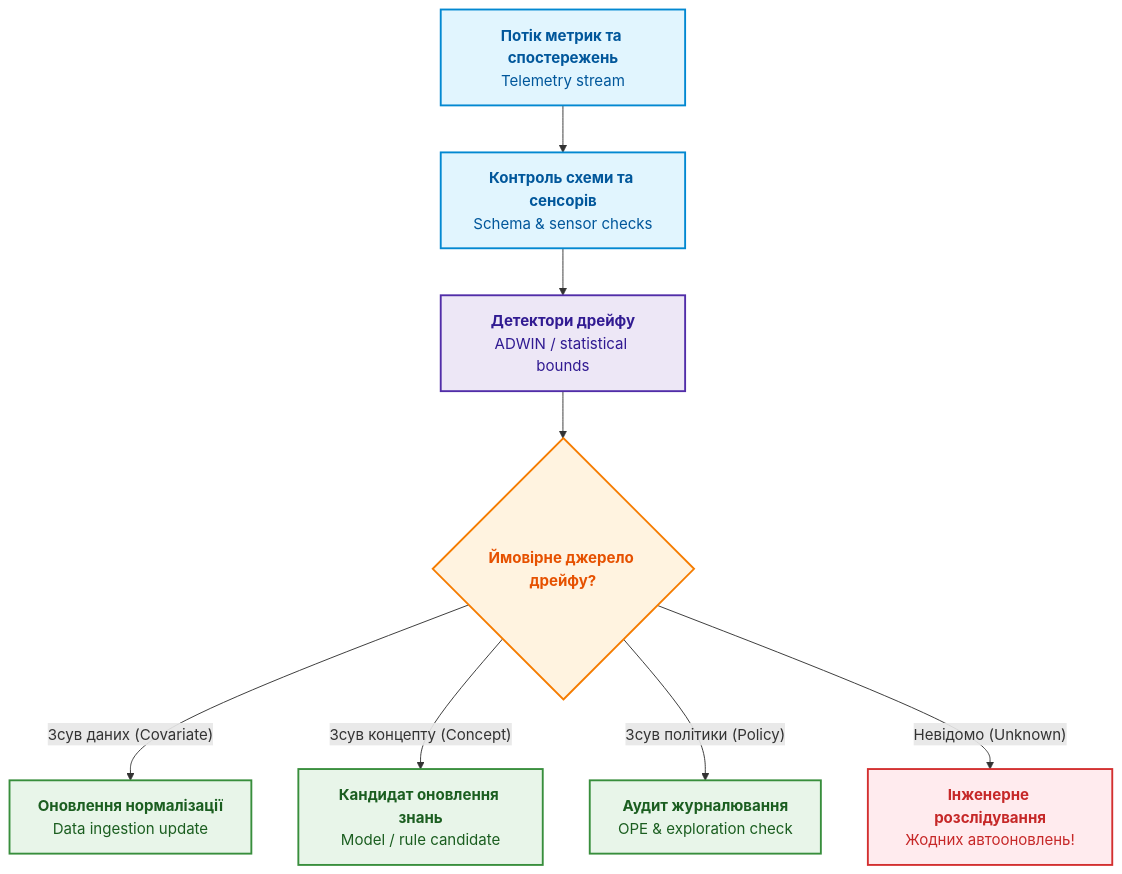
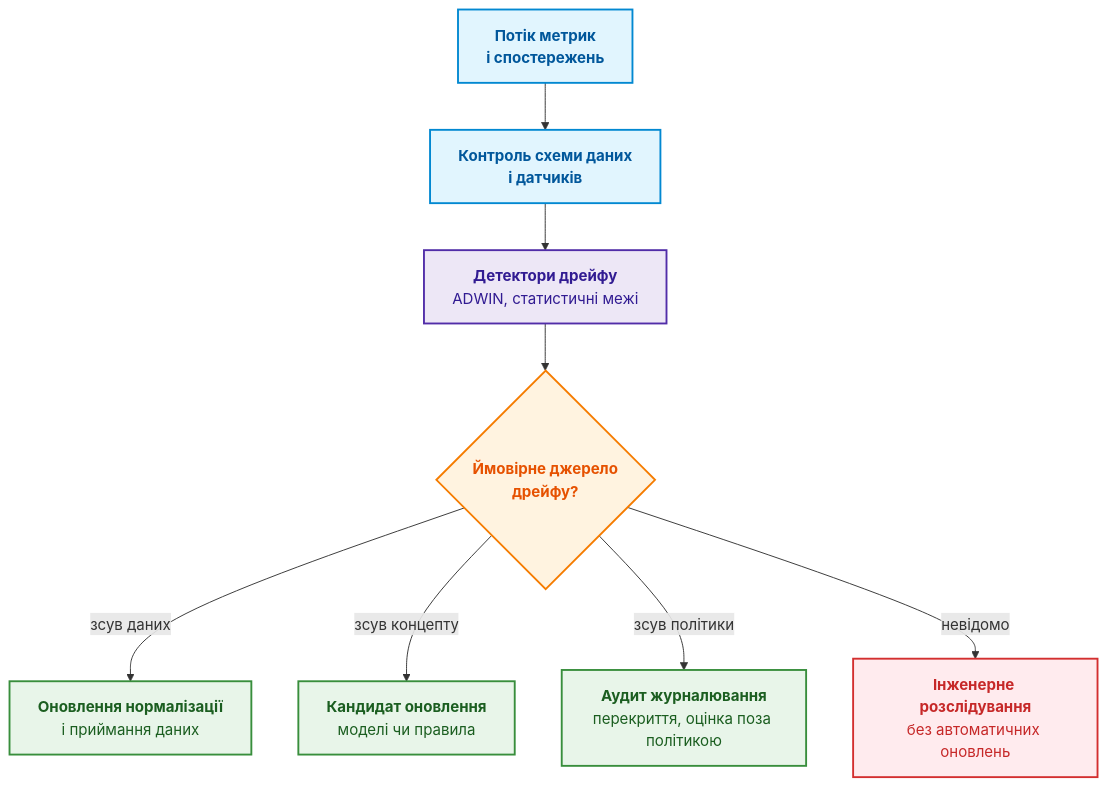
Before and after one commit to nick-fedchik/articles: the fourth of 7 diagrams in ExpertSystem/ch26-continual-learning.md, drawn with Mermaid. The commit also changed other lines of this file, not shown here.

````diff
--- a/ExpertSystem/ch26-continual-learning.md
+++ b/ExpertSystem/ch26-continual-learning.md
@@ -271,25 +285,25 @@
 ```mermaid
 flowchart TD
     accTitle: Діагностика та класифікація дрейфу
-    accDescr: Виявлення коваріатного дрейфу, зсуву концептів або викривлення журналу.
+    accDescr: Потік метрик проходить контроль схеми даних і датчиків та детектори дрейфу; залежно від імовірного джерела дрейф веде до оновлення приймання даних, кандидата моделі чи правила, аудиту журналювання або інженерного розслідування без автоматичних оновлень.
 
-    SIG["<b>Потік метрик та спостережень</b><br/>Telemetry stream"] --> QUAL["<b>Контроль схеми та сенсорів</b><br/>Schema & sensor checks"]
-    QUAL --> DET["<b>Детектори дрейфу</b><br/>ADWIN / statistical bounds"]
-    DET --> TYP{"<b>Ймовірне джерело дрейфу?</b>"}
-    TYP -->|"Зсув даних (Covariate)"| ING["<b>Оновлення нормалізації</b><br/>Data ingestion update"]
-    TYP -->|"Зсув концепту (Concept)"| CAND["<b>Кандидат оновлення знань</b><br/>Model / rule candidate"]
-    TYP -->|"Зсув політики (Policy)"| LOG["<b>Аудит журналювання</b><br/>OPE & exploration check"]
-    TYP -->|"Невідомо (Unknown)"| INV["<b>Інженерне розслідування</b><br/>Жодних автооновлень!"]
+    SIG["<b>Потік метрик<br/>і спостережень</b>"] --> QUAL["<b>Контроль схеми даних<br/>і датчиків</b>"]
+    QUAL --> DET["<b>Детектори дрейфу</b><br/>ADWIN, статистичні межі"]
+    DET --> TYP{"<b>Ймовірне джерело<br/>дрейфу?</b>"}
+    TYP -->|"зсув даних"| ING["<b>Оновлення нормалізації</b><br/>і приймання даних"]
+    TYP -->|"зсув концепту"| CAND["<b>Кандидат оновлення</b><br/>моделі чи правила"]
+    TYP -->|"зсув політики"| LOG["<b>Аудит журналювання</b><br/>перекриття, оцінка поза політикою"]
+    TYP -->|"невідомо"| INV["<b>Інженерне розслідування</b><br/>без автоматичних оновлень"]
 
     classDef inp fill:#e1f5fe,stroke:#0288d1,stroke-width:2px,color:#01579b;
     classDef det fill:#ede7f6,stroke:#512da8,stroke-width:2px,color:#311b92;
     classDef gate fill:#fff3e0,stroke:#f57c00,stroke-width:2px,color:#e65100;
     classDef act fill:#e8f5e9,stroke:#388e3c,stroke-width:2px,color:#1b5e20;
     classDef stop fill:#ffebee,stroke:#d32f2f,stroke-width:2px,color:#c62828;
 
     class SIG,QUAL inp;
     class DET det;
     class TYP gate;
     class ING,CAND,LOG act;
     class INV stop;
 ```
````
